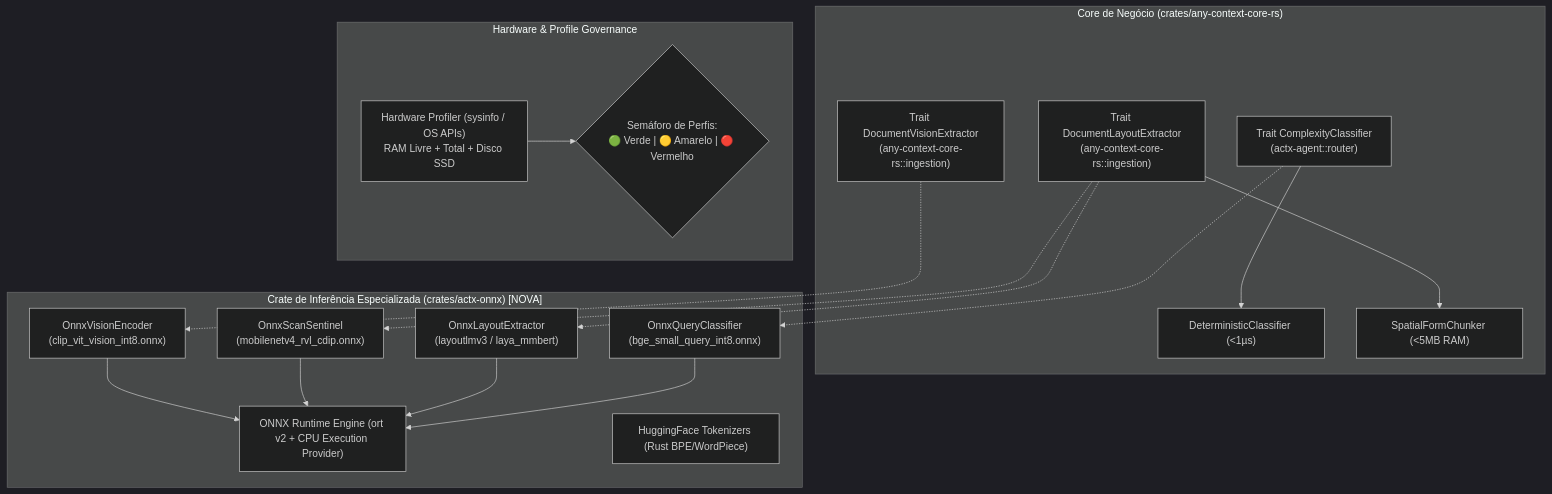
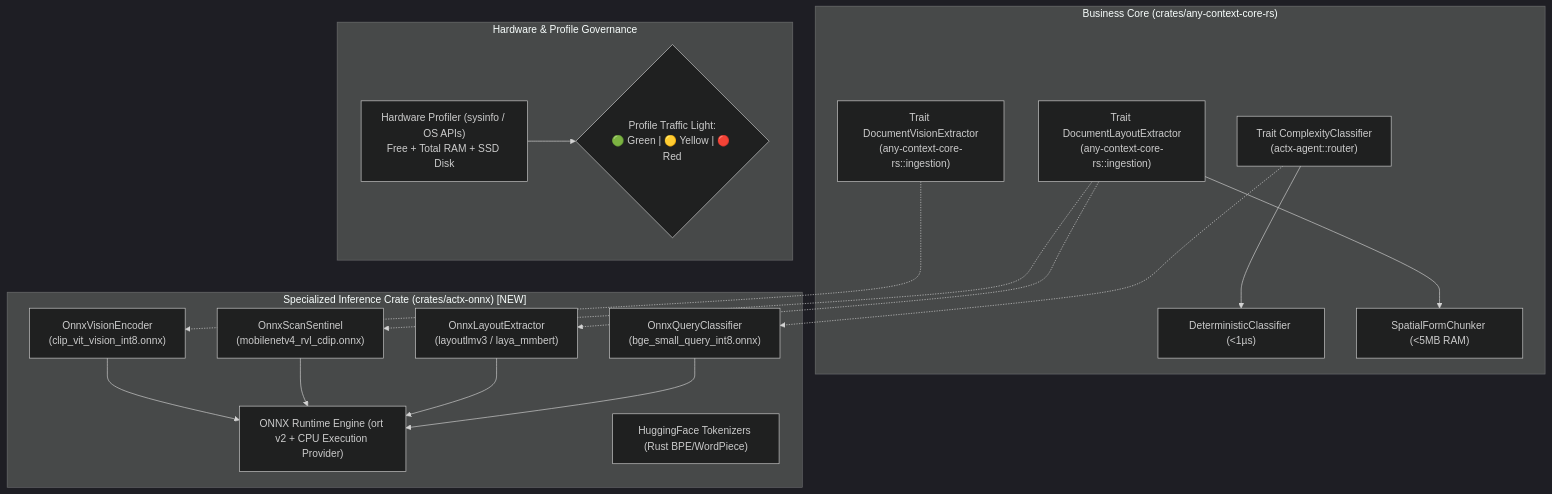
Before and after one commit to Levix-Digital/any-context: the first of 2 diagrams in docs/plans/anycontext_blueprint_v0370_onnx_tiered_engine_and_hardware_preflight.md, drawn with Mermaid (dark theme). The commit also changed other lines of this file, not shown here.

First line of the commit message:
docs(plans): translate the v0.37.0 ONNX tiered engine plan to English

````diff
--- a/docs/plans/anycontext_blueprint_v0370_onnx_tiered_engine_and_hardware_preflight.md
+++ b/docs/plans/anycontext_blueprint_v0370_onnx_tiered_engine_and_hardware_preflight.md
@@ -78,39 +78,39 @@
 ```mermaid
 graph TD
-    subgraph "Core de Negócio (crates/any-context-core-rs)"
+    subgraph "Business Core (crates/any-context-core-rs)"
         TRAIT_COMPLEXITY["Trait ComplexityClassifier<br/>(actx-agent::router)"]
         TRAIT_LAYOUT["Trait DocumentLayoutExtractor<br/>(any-context-core-rs::ingestion)"]
         TRAIT_VISION["Trait DocumentVisionExtractor<br/>(any-context-core-rs::ingestion)"]
         FALLBACK_DET["DeterministicClassifier (<1µs)"]
         FALLBACK_SPATIAL["SpatialFormChunker (<5MB RAM)"]
     end
 
-    subgraph "Crate de Inferência Especializada (crates/actx-onnx) [NOVA]"
+    subgraph "Specialized Inference Crate (crates/actx-onnx) [NEW]"
         ORT_SESSION["ONNX Runtime Engine (ort v2 + CPU Execution Provider)"]
         TOKENIZER["HuggingFace Tokenizers (Rust BPE/WordPiece)"]
         IMPL_COMPLEXITY["OnnxQueryClassifier<br/>(bge_small_query_int8.onnx)"]
         IMPL_LAYOUT["OnnxLayoutExtractor<br/>(layoutlmv3 / laya_mmbert)"]
         IMPL_SENTINEL["OnnxScanSentinel<br/>(mobilenetv4_rvl_cdip.onnx)"]
         IMPL_VISION["OnnxVisionEncoder<br/>(clip_vit_vision_int8.onnx)"]
     end
 
     subgraph "Hardware & Profile Governance"
-        PROFILER["Hardware Profiler (sysinfo / OS APIs)<br/>RAM Livre + Total + Disco SSD"]
-        SEMAPHORE{"Semáforo de Perfis:<br/>🟢 Verde | 🟡 Amarelo | 🔴 Vermelho"}
+        PROFILER["Hardware Profiler (sysinfo / OS APIs)<br/>Free + Total RAM + SSD Disk"]
+        SEMAPHORE{"Profile Traffic Light:<br/>🟢 Green | 🟡 Yellow | 🔴 Red"}
     end
 
     TRAIT_COMPLEXITY -.-> IMPL_COMPLEXITY
     TRAIT_LAYOUT -.-> IMPL_LAYOUT
     TRAIT_LAYOUT -.-> IMPL_SENTINEL
     TRAIT_VISION -.-> IMPL_VISION
 
     TRAIT_COMPLEXITY --> FALLBACK_DET
     TRAIT_LAYOUT --> FALLBACK_SPATIAL
 
     IMPL_COMPLEXITY --> ORT_SESSION
     IMPL_LAYOUT --> ORT_SESSION
     IMPL_SENTINEL --> ORT_SESSION
     IMPL_VISION --> ORT_SESSION
 
     PROFILER --> SEMAPHORE
 ```
````
